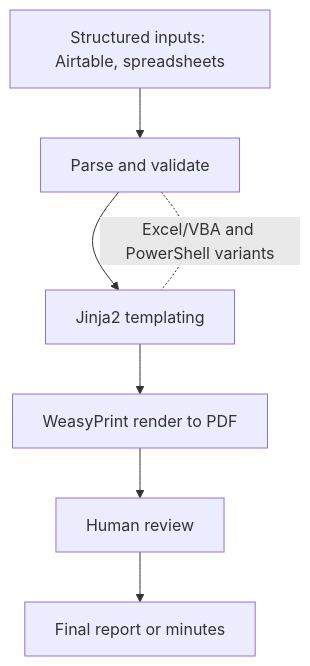
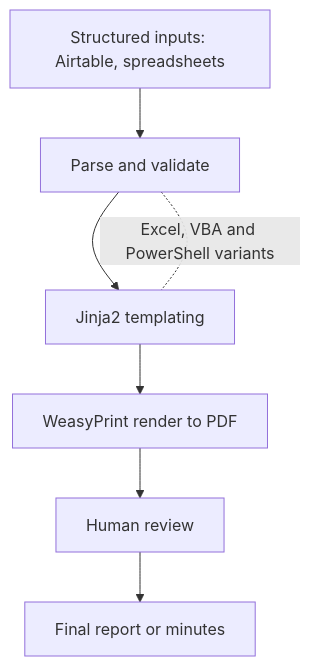
The second of 2 diagrams in innpact.md (DeharengOlivier/case-studies), drawn with Mermaid before and after one commit. The commit also changed other lines of this file, not shown here.

````diff
--- a/innpact.md
+++ b/innpact.md
@@ -58,9 +63,9 @@
 ```mermaid
 flowchart TD
     Inputs[Structured inputs: Airtable, spreadsheets] --> Parse[Parse and validate]
     Parse --> Template[Jinja2 templating]
     Template --> Render[WeasyPrint render to PDF]
     Render --> Review[Human review]
     Review --> Output[Final report or minutes]
-    Parse -. Excel/VBA and PowerShell variants .- Template
+    Parse -. Excel, VBA and PowerShell variants .- Template
 ```
````
